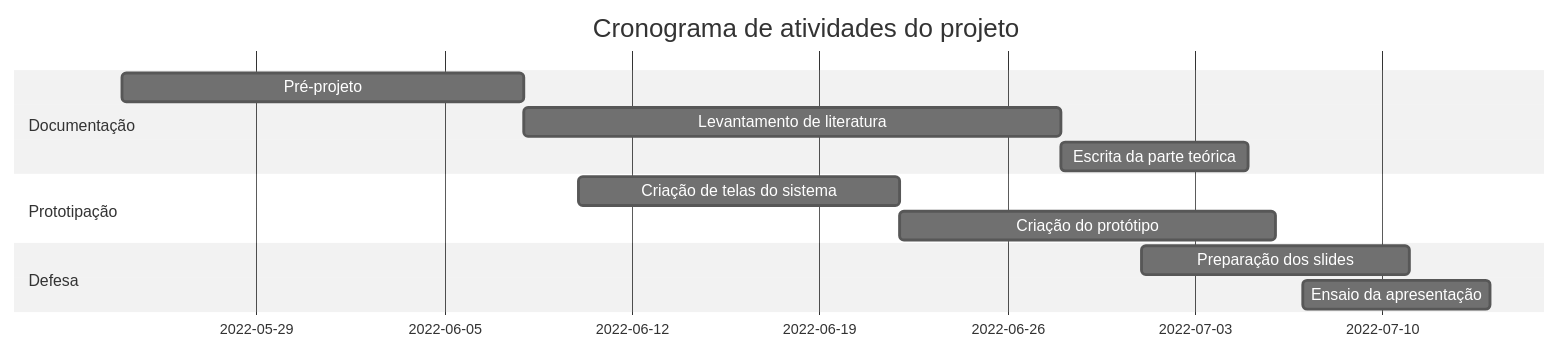
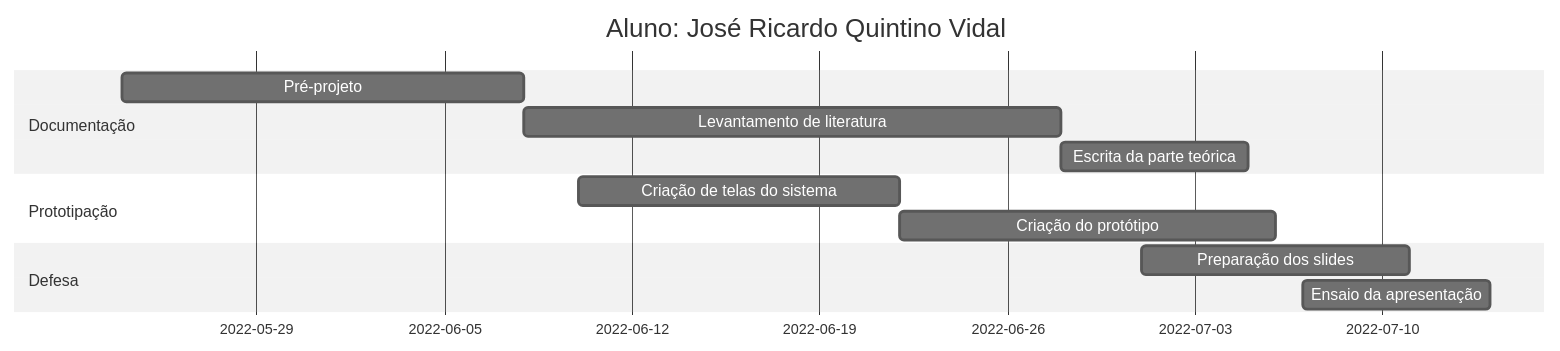
One commit to Ricvidal/CronogramaMarkdown changed the diagram in README.md. Above: the diagram before and after it, drawn with Mermaid (neutral theme).

````diff
--- a/README.md
+++ b/README.md
@@ -3,15 +3,16 @@
 ```mermaid
     gantt
     title Cronograma de atividades do projeto
     dateFormat  YYYY-MM-DD
     section Documentação
     Pré-projeto     :a1, 2022-05-24, 15d
     Levantamento de literatura   :a2,after a1  , 20d
     Escrita da parte teórica  :a3,after a2, 7d
     section Prototipação
     Criação de telas do sistema     :c2,2022-06-10  , 12d
     Criação do protótipo      :c3,after c2, 14d
     section Defesa
     Preparação dos slides :p1, 2022-07-01, 10d
     Ensaio da apresentação :p2, 2022-07-07, 7d
+    title Aluno: José Ricardo Quintino Vidal
 ```
````
